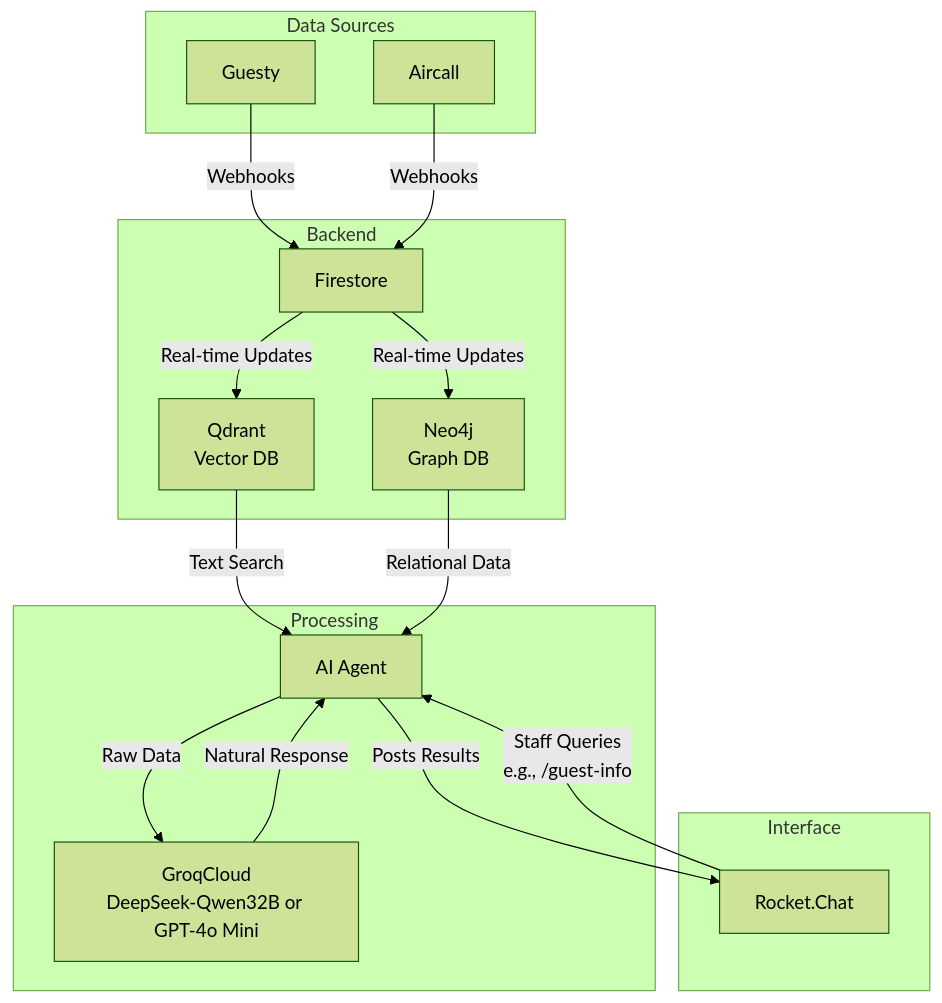
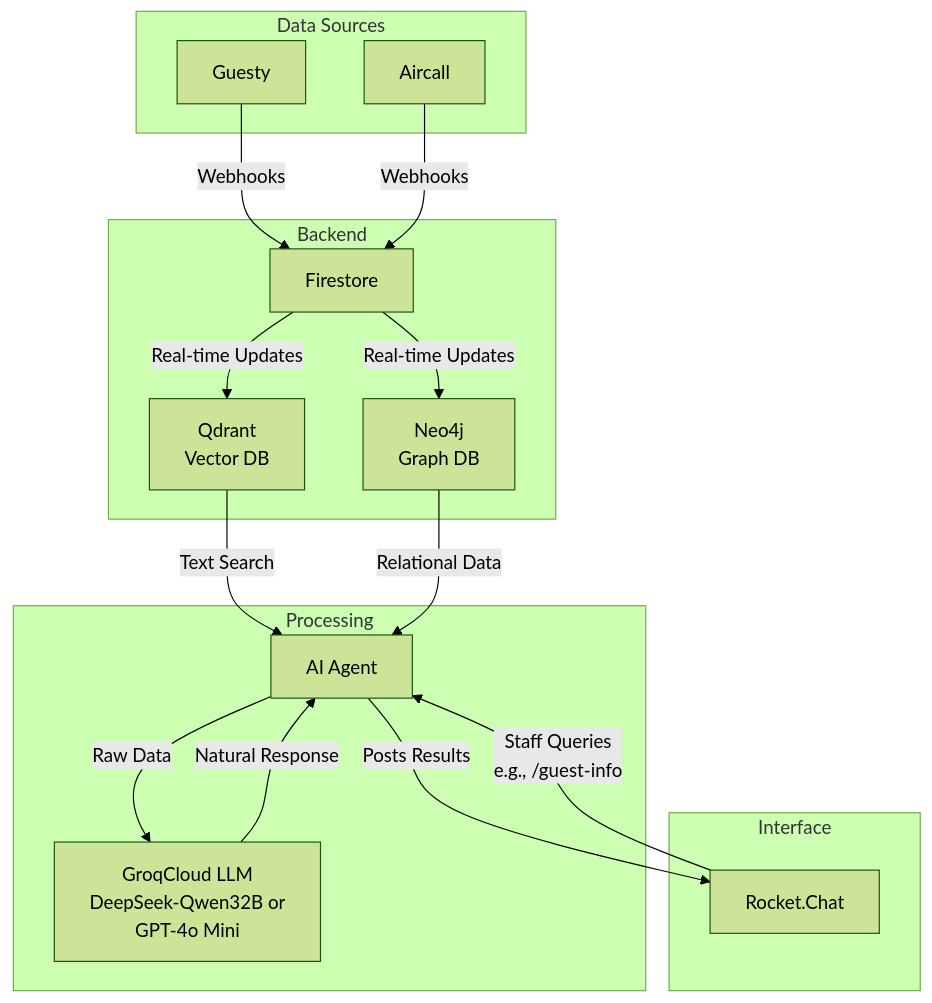
One commit to deepbrainspace/deepbrain-stack changed the diagram in projects/bnb/architecture.md. Above: the diagram before and after it, drawn with Mermaid (forest theme). The commit also changed other lines of this file, not shown here.

Commit message:
feat: new architecture

````diff
--- a/projects/bnb/architecture.md
+++ b/projects/bnb/architecture.md
@@ -43,29 +43,29 @@
 ```mermaid
 graph TD
     A[Guesty] -->|Webhooks| B[Firestore]
     C[Aircall] -->|Webhooks| B
     B -->|Real-time Updates| D[Qdrant<br>Vector DB]
     B -->|Real-time Updates| E[Neo4j<br>Graph DB]
     D -->|Text Search| F[AI Agent]
     E -->|Relational Data| F
-    F -->|Raw Data| G[GroqCloud<br>DeepSeek-Qwen32B or GPT-4o Mini]
+    F -->|Raw Data| G[GroqCloud LLM<br>DeepSeek-Qwen32B or<br>GPT-4o Mini]
     G -->|Natural Response| F
     F -->|Posts Results| H[Rocket.Chat]
     H -->|Staff Queries<br>e.g., /guest-info| F
     subgraph Data Sources
         A
         C
     end
     subgraph Backend
         B
         D
         E
     end
     subgraph Processing
         F
         G
     end
     subgraph Interface
         H
     end
 ```
````
